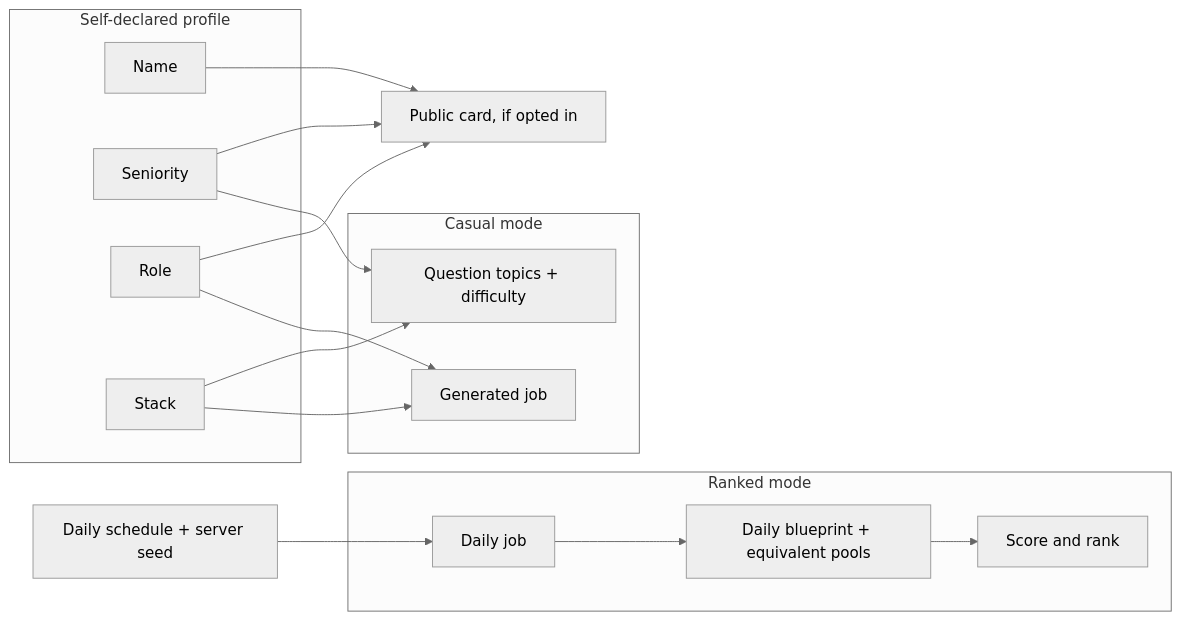
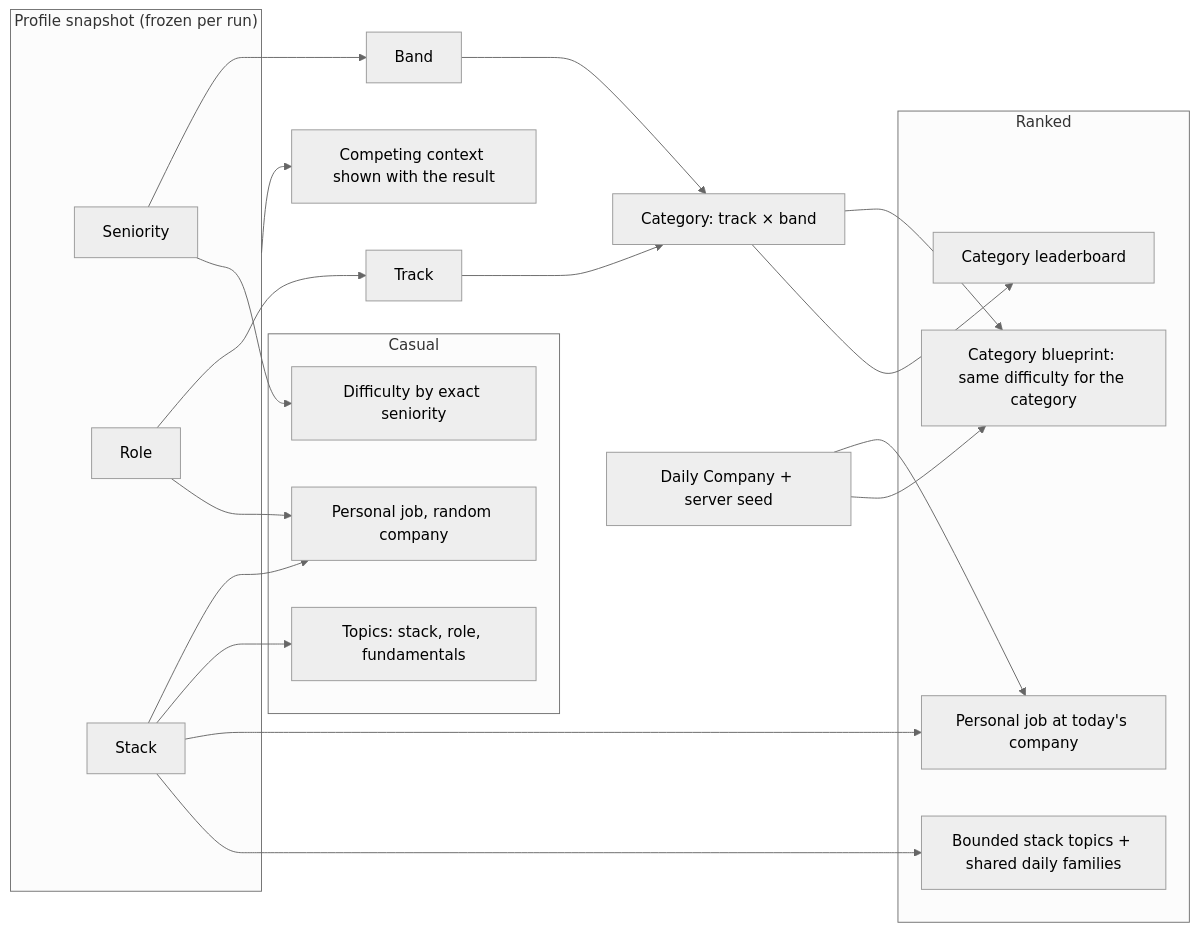
Before and after one commit to ricardoverita/cv-rush: the diagram in docs/product/game-modes.md, drawn with Mermaid (neutral theme). The commit also changed other lines of this file and 31 other files, not shown here.

First line of the commit message:
docs: make ranked profile-first with competitive categories

````diff
--- a/docs/product/game-modes.md
+++ b/docs/product/game-modes.md
@@ -111,26 +136,34 @@
 ```mermaid
 flowchart LR
-  subgraph profile["Self-declared profile"]
-    pName["Name"]
+  subgraph snapshot["Profile snapshot (frozen per run)"]
     pSeniority["Seniority"]
     pRole["Role"]
     pStack["Stack"]
   end
-  subgraph casual["Casual mode"]
-    cJob["Generated job"]
-    cQuestions["Question topics + difficulty"]
+  pSeniority --> band["Band"]
+  pRole --> track["Track"]
+  band --> category["Category: track × band"]
+  track --> category
+  subgraph casual["Casual"]
+    cJob["Personal job, random company"]
+    cDiff["Difficulty by exact seniority"]
+    cTopics["Topics: stack, role, fundamentals"]
   end
-  subgraph ranked["Ranked mode"]
-    rJob["Daily job"]
-    rBlueprint["Daily blueprint + equivalent pools"]
-    rScore["Score and rank"]
+  subgraph ranked["Ranked"]
+    rJob["Personal job at today's company"]
+    rBlueprint["Category blueprint: same difficulty for the category"]
+    rTopics["Bounded stack topics + shared daily families"]
+    rBoard["Category leaderboard"]
   end
+  pSeniority --> cDiff
   pRole --> cJob
   pStack --> cJob
-  pStack --> cQuestions
-  pSeniority --> cQuestions
-  pName --> card["Public card, if opted in"]
-  pSeniority --> card
-  pRole --> card
-  schedule["Daily schedule + server seed"] --> rJob --> rBlueprint --> rScore
+  pStack --> cTopics
+  pStack --> rJob
+  pStack --> rTopics
+  category --> rBlueprint
+  category --> rBoard
+  daily["Daily Company + server seed"] --> rJob
+  daily --> rBlueprint
+  snapshot --> context["Competing context shown with the result"]
 ```
````
